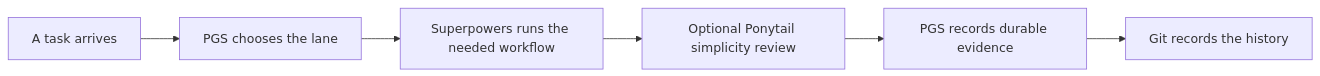
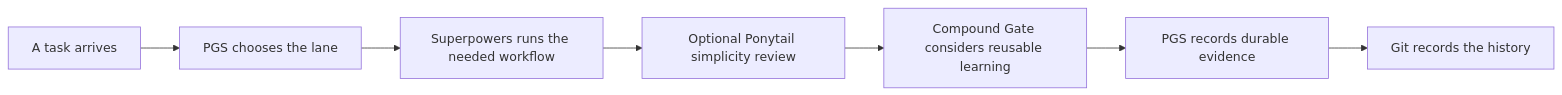
Before and after one commit to PieAIStudio/ProjectGovernanceSystem: the first of 2 diagrams in README.md, drawn with Mermaid. The commit also changed other lines of this file and 11 other files, not shown here.

First line of the commit message:
Align public docs with Compound Gate

````diff
--- a/README.md
+++ b/README.md
@@ -60,8 +62,9 @@
 ```mermaid
 flowchart LR
   A["A task arrives"] --> B["PGS chooses the lane"]
   B --> C["Superpowers runs the needed workflow"]
   C --> D["Optional Ponytail simplicity review"]
-  D --> E["PGS records durable evidence"]
-  E --> F["Git records the history"]
+  D --> E["Compound Gate considers reusable learning"]
+  E --> F["PGS records durable evidence"]
+  F --> G["Git records the history"]
 ```
````
